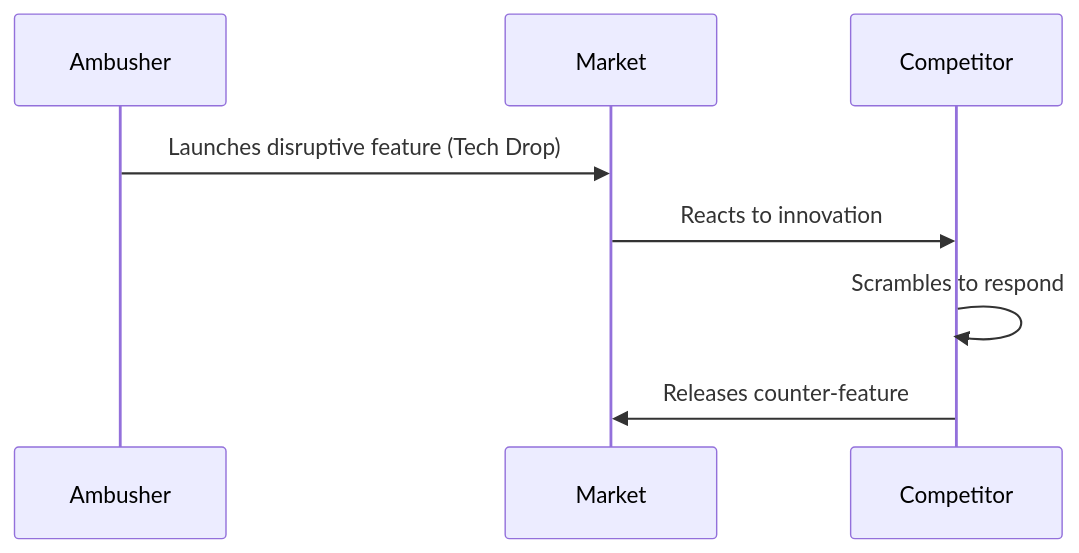
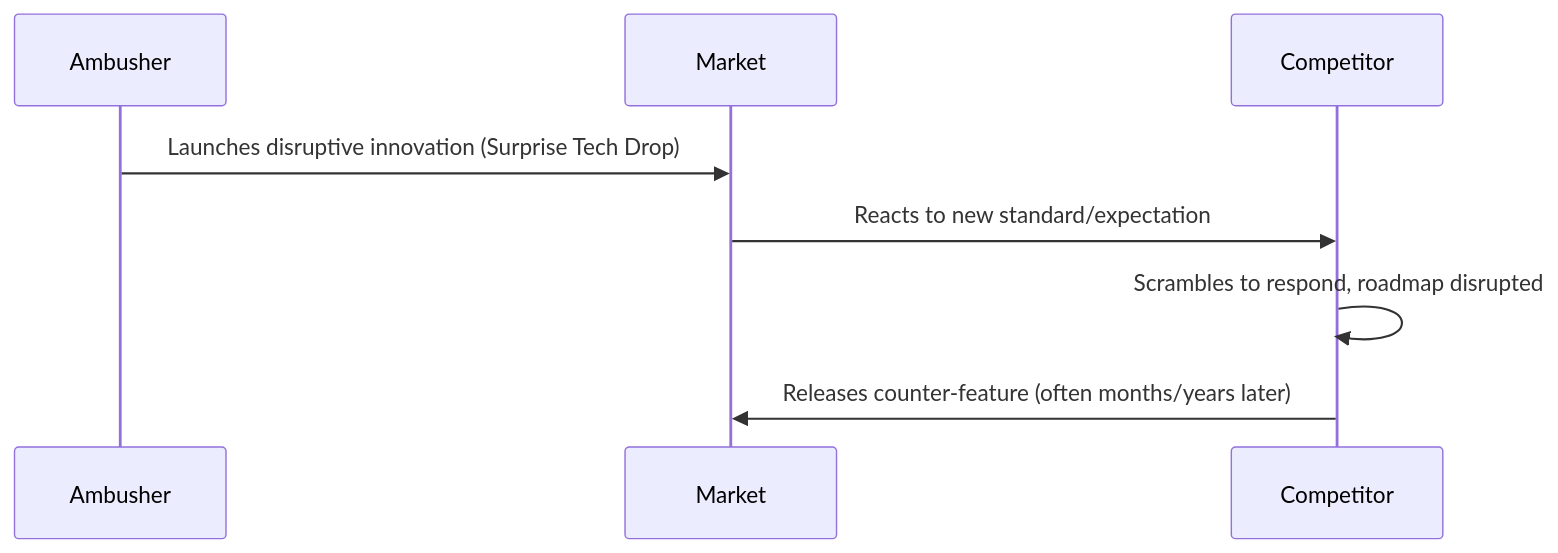
The diagram in docs/strategies/competitor/ambush/index.md (dave1010/wardley-leadership-strategies), drawn with Mermaid before and after one commit. The commit also changed other lines of this file, not shown here.

````diff
--- a/docs/strategies/competitor/ambush/index.md
+++ b/docs/strategies/competitor/ambush/index.md
@@ -77,11 +86,11 @@
 ```mermaid
 sequenceDiagram
     participant Ambusher
     participant Market
     participant Competitor
 
-    Ambusher->>Market: Launches disruptive feature (Tech Drop)
-    Market->>Competitor: Reacts to innovation
-    Competitor->>Competitor: Scrambles to respond
-    Competitor->>Market: Releases counter-feature
+    Ambusher->>Market: Launches disruptive innovation (Surprise Tech Drop)
+    Market->>Competitor: Reacts to new standard/expectation
+    Competitor->>Competitor: Scrambles to respond, roadmap disrupted
+    Competitor->>Market: Releases counter-feature (often months/years later)
 ```
````
